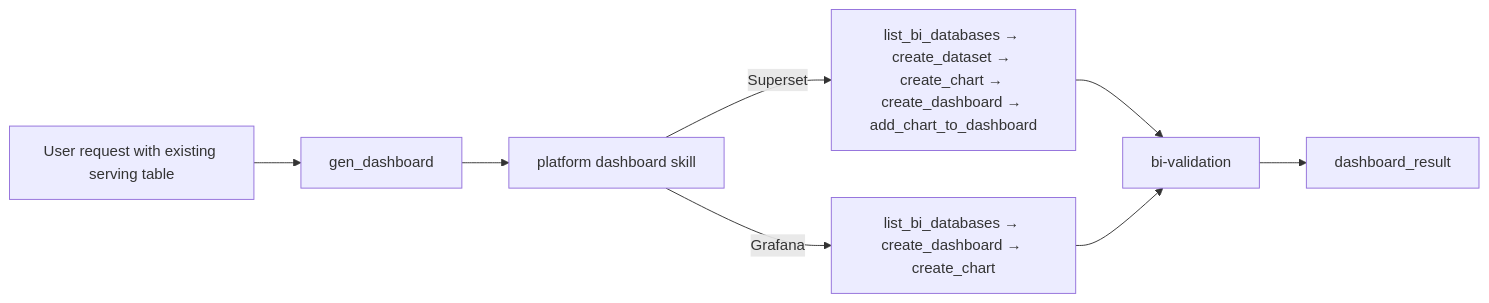
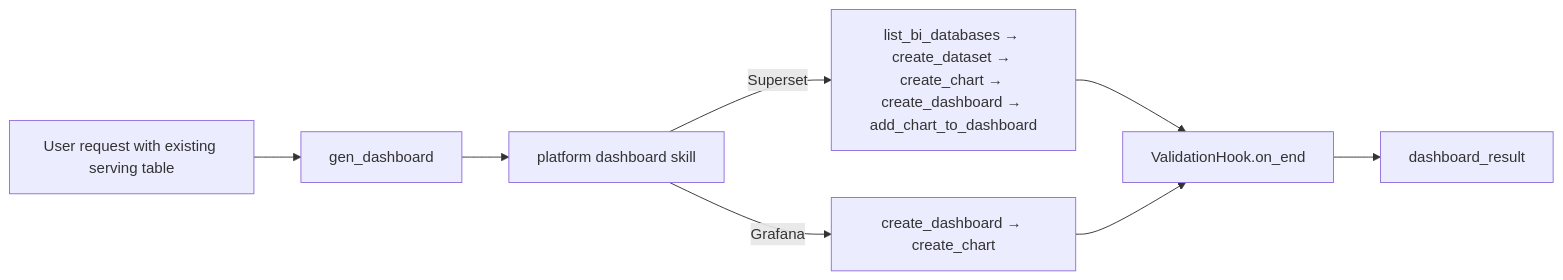
Before and after one commit to Datus-ai/Datus-agent: the diagram in docs/subagent/gen_dashboard.md, drawn with Mermaid. The commit also changed other lines of this file and 33 other files, not shown here.

````diff
--- a/docs/subagent/gen_dashboard.md
+++ b/docs/subagent/gen_dashboard.md
@@ -42,10 +42,10 @@
 ```mermaid
 graph LR
     A[User request with existing serving table] --> B[gen_dashboard]
     B --> C[platform dashboard skill]
     C -->|Superset| I[list_bi_databases → create_dataset → create_chart → create_dashboard → add_chart_to_dashboard]
-    C -->|Grafana| J[list_bi_databases → create_dashboard → create_chart]
-    I --> K[bi-validation]
+    C -->|Grafana| J[create_dashboard → create_chart]
+    I --> K[ValidationHook.on_end]
     J --> K
     K --> L[dashboard_result]
 ```
````
